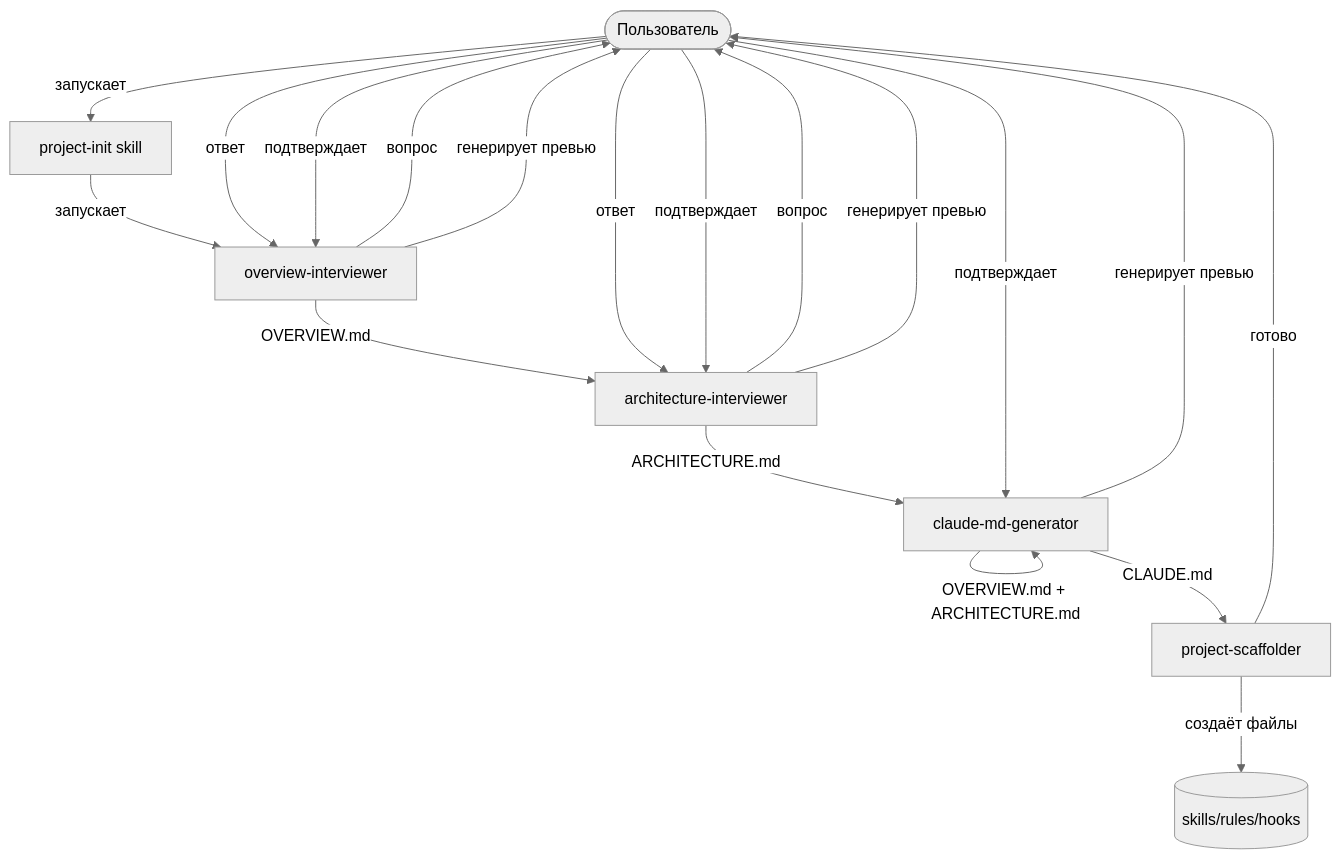
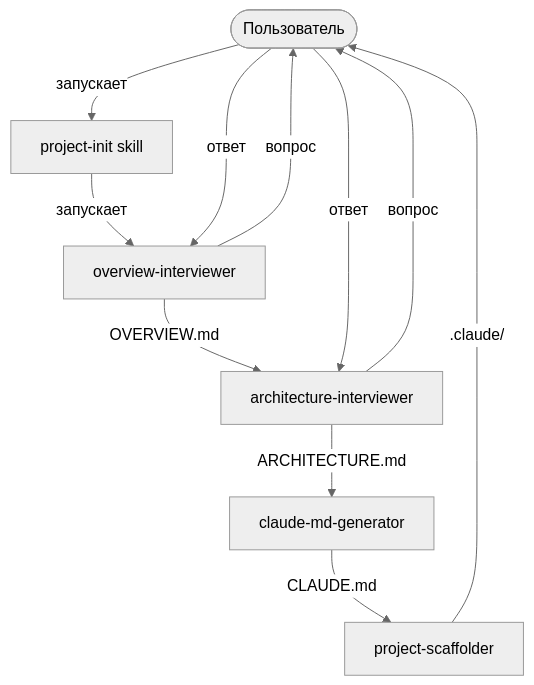
The first of 2 diagrams in ARCHITECTURE.md (Dmatryus/dm-cc-assistant), drawn with Mermaid (neutral theme) before and after one commit. The commit also changed other lines of this file and 14 other files, not shown here.

````diff
--- a/ARCHITECTURE.md
+++ b/ARCHITECTURE.md
@@ -41,21 +70,13 @@
 ```mermaid
 flowchart TD
     User([Пользователь]) -->|запускает| Init[project-init skill]
     Init -->|запускает| OI[overview-interviewer]
     OI -->|вопрос| User
     User -->|ответ| OI
-    OI -->|генерирует превью| User
-    User -->|подтверждает| OI
     OI -->|OVERVIEW.md| AI[architecture-interviewer]
     AI -->|вопрос| User
     User -->|ответ| AI
-    AI -->|генерирует превью| User
-    User -->|подтверждает| AI
     AI -->|ARCHITECTURE.md| CG[claude-md-generator]
-    CG -->|OVERVIEW.md + ARCHITECTURE.md| CG
-    CG -->|генерирует превью| User
-    User -->|подтверждает| CG
     CG -->|CLAUDE.md| PS[project-scaffolder]
-    PS -->|создаёт файлы| Files[(skills/rules/hooks)]
-    PS -->|готово| User
+    PS -->|.claude/| User
 ```
````
